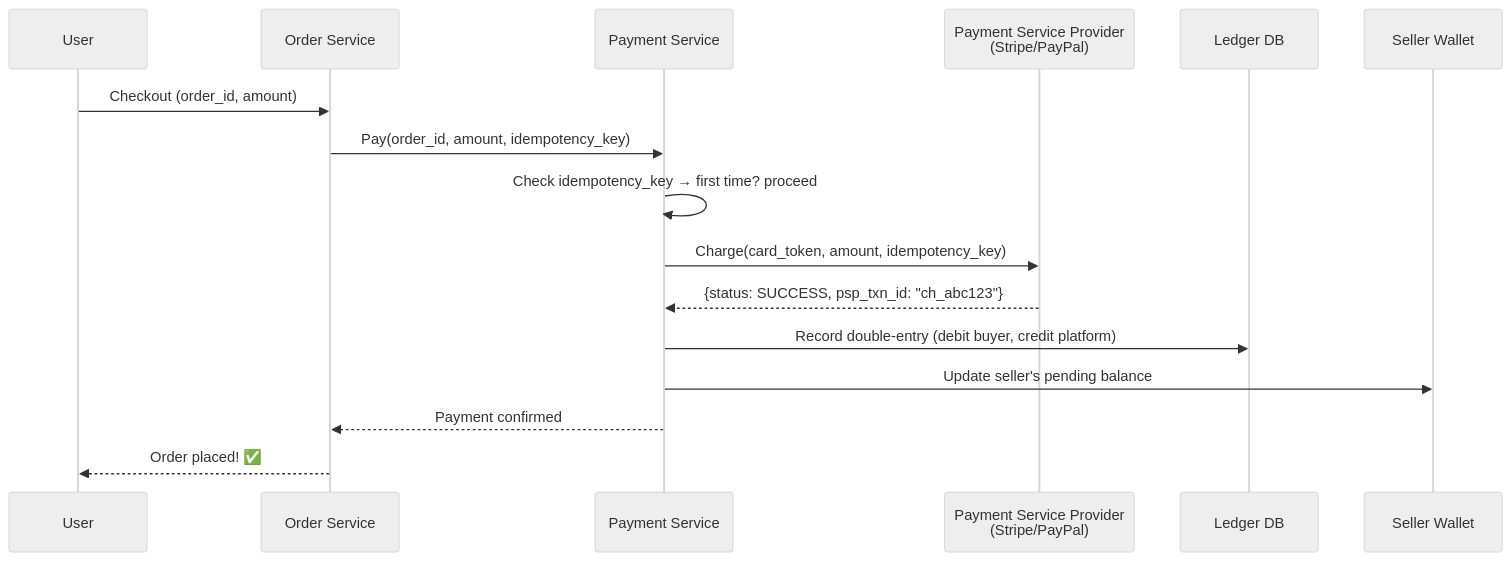
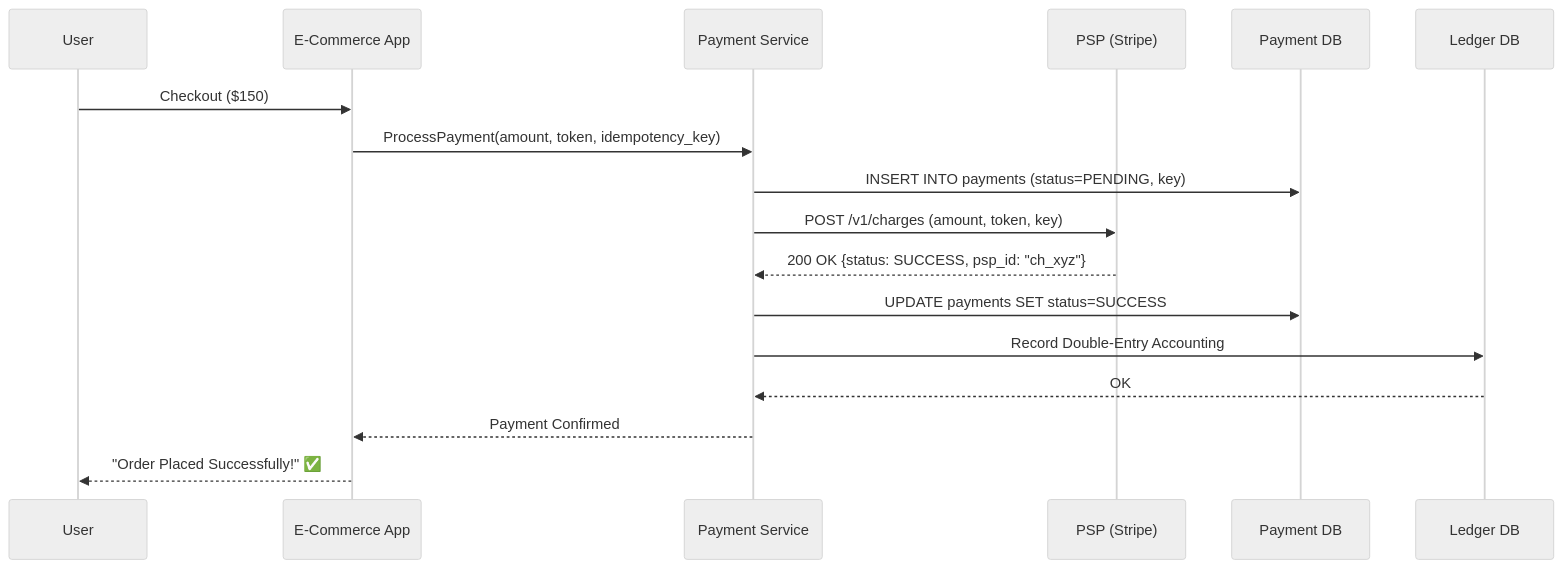
One commit to Gbirla06/systemDesign changed the second of 2 diagrams in HLD_Vol2/chapter_11/design_a_payment_system.md. Above: the diagram before and after it, drawn with Mermaid (neutral theme). The commit also changed other lines of this file and 7 other files, not shown here.

````diff
--- a/HLD_Vol2/chapter_11/design_a_payment_system.md
+++ b/HLD_Vol2/chapter_11/design_a_payment_system.md
@@ -41,21 +87,25 @@
 ```mermaid
 sequenceDiagram
     participant User
-    participant OrderSvc as Order Service
+    participant AppSvc as E-Commerce App
     participant PaySvc as Payment Service
-    participant PSP as Payment Service Provider<br/>(Stripe/PayPal)
+    participant PSP as PSP (Stripe)
+    participant DB as Payment DB
     participant Ledger as Ledger DB
-    participant Wallet as Seller Wallet
 
-    User->>OrderSvc: Checkout (order_id, amount)
-    OrderSvc->>PaySvc: Pay(order_id, amount, idempotency_key)
+    User->>AppSvc: Checkout ($150)
+    AppSvc->>PaySvc: ProcessPayment(amount, token, idempotency_key)
     
-    PaySvc->>PaySvc: Check idempotency_key → first time? proceed
-    PaySvc->>PSP: Charge(card_token, amount, idempotency_key)
-    PSP-->>PaySvc: {status: SUCCESS, psp_txn_id: "ch_abc123"}
+    PaySvc->>DB: INSERT INTO payments (status=PENDING, key)
     
-    PaySvc->>Ledger: Record double-entry (debit buyer, credit platform)
-    PaySvc->>Wallet: Update seller's pending balance
-    PaySvc-->>OrderSvc: Payment confirmed
-    OrderSvc-->>User: Order placed! ✅
+    PaySvc->>PSP: POST /v1/charges (amount, token, key)
+    PSP-->>PaySvc: 200 OK {status: SUCCESS, psp_id: "ch_xyz"}
+    
+    PaySvc->>DB: UPDATE payments SET status=SUCCESS
+    
+    PaySvc->>Ledger: Record Double-Entry Accounting
+    Ledger-->>PaySvc: OK
+    
+    PaySvc-->>AppSvc: Payment Confirmed
+    AppSvc-->>User: "Order Placed Successfully!" ✅
 ```
````
